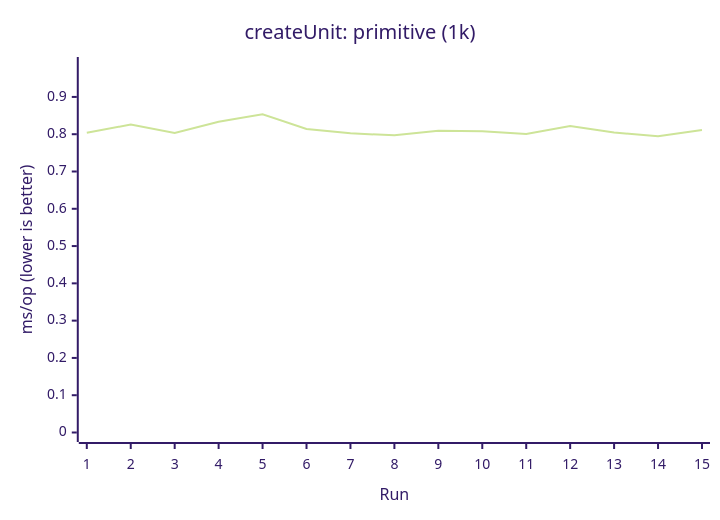
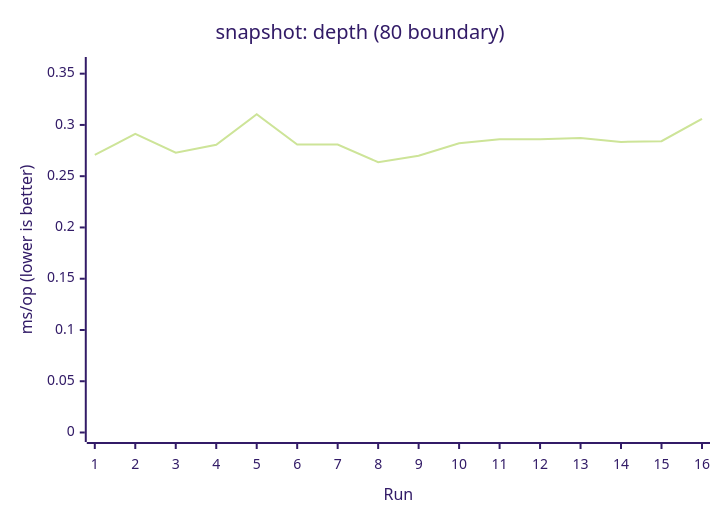
One commit to AIluffy/io changed diagram 12 of 17 in apps/docs/src/content/docs/en/guides/benchmark.mdx. Above: the diagram before and after it, drawn with Mermaid (forest theme). The commit also changed other lines of this file and 25 other files, not shown here.

````diff
--- a/apps/docs/src/content/docs/en/guides/benchmark.mdx
+++ b/apps/docs/src/content/docs/en/guides/benchmark.mdx
@@ -357,7 +344,7 @@
 ```mermaid
 xychart-beta
-  title "createUnit: primitive (1k)"
-  x-axis "Run" [1, 2, 3, 4, 5, 6, 7, 8, 9, 10, 11, 12, 13, 14, 15]
-  y-axis "ms/op (lower is better)" 0 --> 0.9816
-  line [0.804, 0.8259, 0.8033, 0.8336, 0.8536, 0.8141, 0.8023, 0.7971, 0.8093, 0.808, 0.8005, 0.8222, 0.8045, 0.7948, 0.8111]
+  title "snapshot: depth (80 boundary)"
+  x-axis "Run" [1, 2, 3, 4, 5, 6, 7, 8, 9, 10, 11, 12, 13, 14, 15, 16]
+  y-axis "ms/op (lower is better)" 0 --> 0.357
+  line [0.2707, 0.2912, 0.273, 0.2806, 0.3104, 0.2808, 0.2809, 0.2637, 0.27, 0.2822, 0.2861, 0.2861, 0.2873, 0.2834, 0.2841, 0.306]
 ```
````
